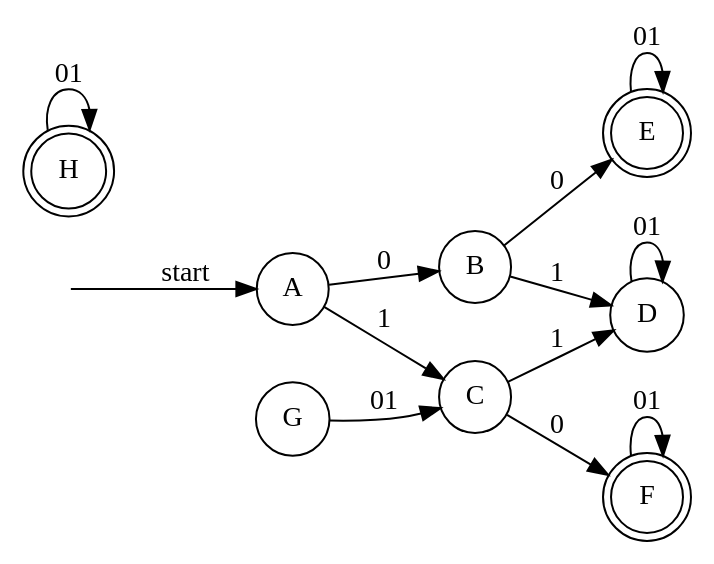
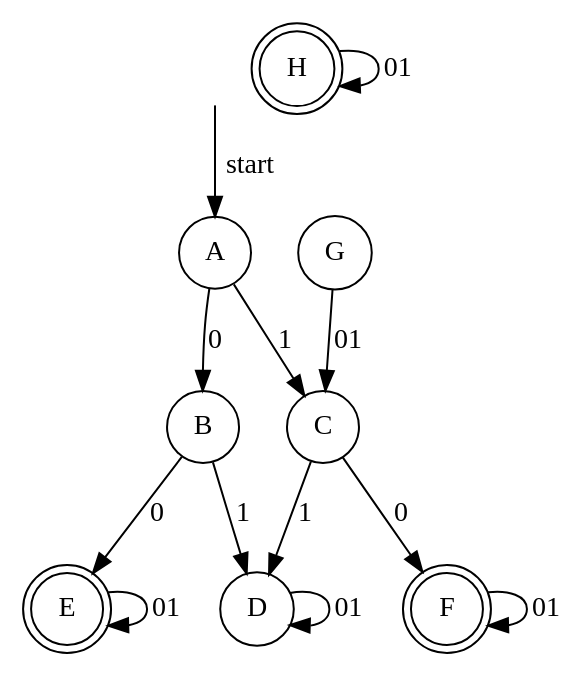
One commit to Folda/Informatik---Hochschule-Regensburg changed the diagram in Pictures/dot_graphen/GI-06.05.2009-IMG-1.dot. Above: the diagram before and after it, drawn with Graphviz. The commit also changed 7 other files, not shown here.

```diff
--- a/Pictures/dot_graphen/GI-06.05.2009-IMG-1.dot
+++ b/Pictures/dot_graphen/GI-06.05.2009-IMG-1.dot
@@ -1,36 +1,36 @@
 #render with dot
 digraph GI06052009IMG1 {
-graph [overlap=false,start=0,rankdir=LR,order=out];
-#edge [len=2];
+graph [overlap=false,start=0order=out];
+edge [len=2];
 start [shape=plaintext, label="", width=0]; 
 #n0 [shape=doublecircle, group="g1"];
 #n1 [shape=circle, group="g1"];
 A [shape=circle];
 B [shape=circle];
 C [shape=circle];
 D [shape=circle];
 E [shape=doublecircle];
 F [shape=doublecircle];
 G [shape=circle];
 H [shape=doublecircle];
 
 start -> A [len=1, label=start];
 A -> B [label=0];
 A -> C [label=1];
 
 B -> E [label=0];
 B -> D [label=1];
 
 C -> F [label=0];
 C -> D [label=1];
 
 D -> D [label=01];
 
 E -> E [label=01];
 
 F -> F [label=01];
 
 G -> C [label=01];
 
 H -> H [label=01];
 }
```
